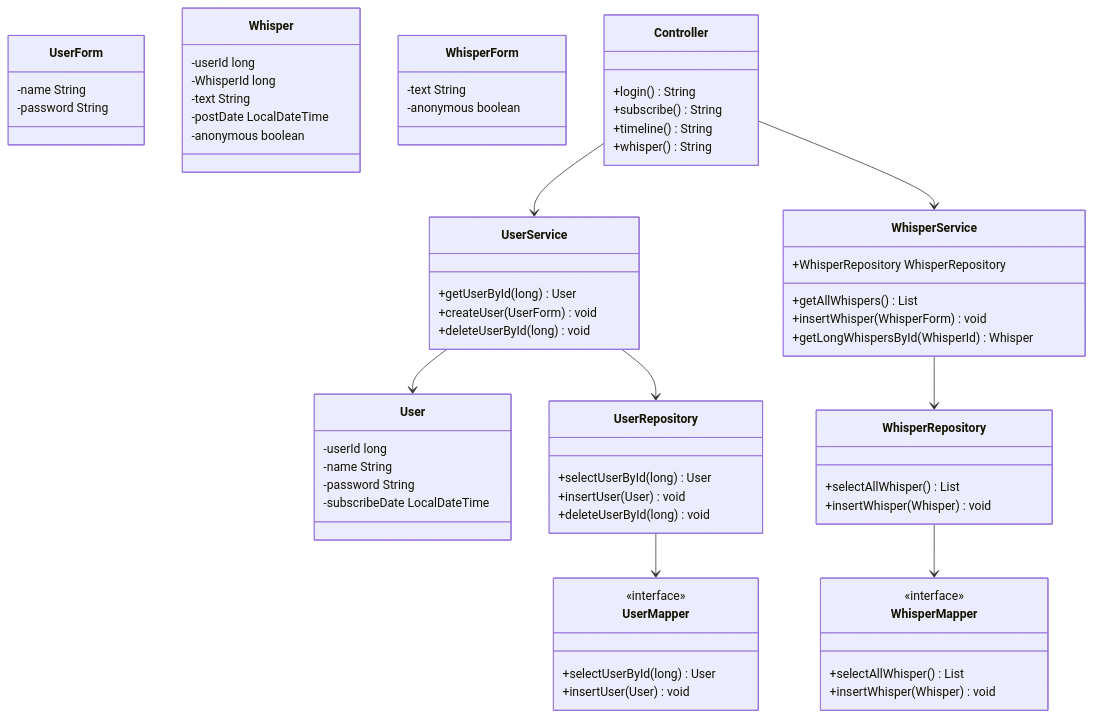
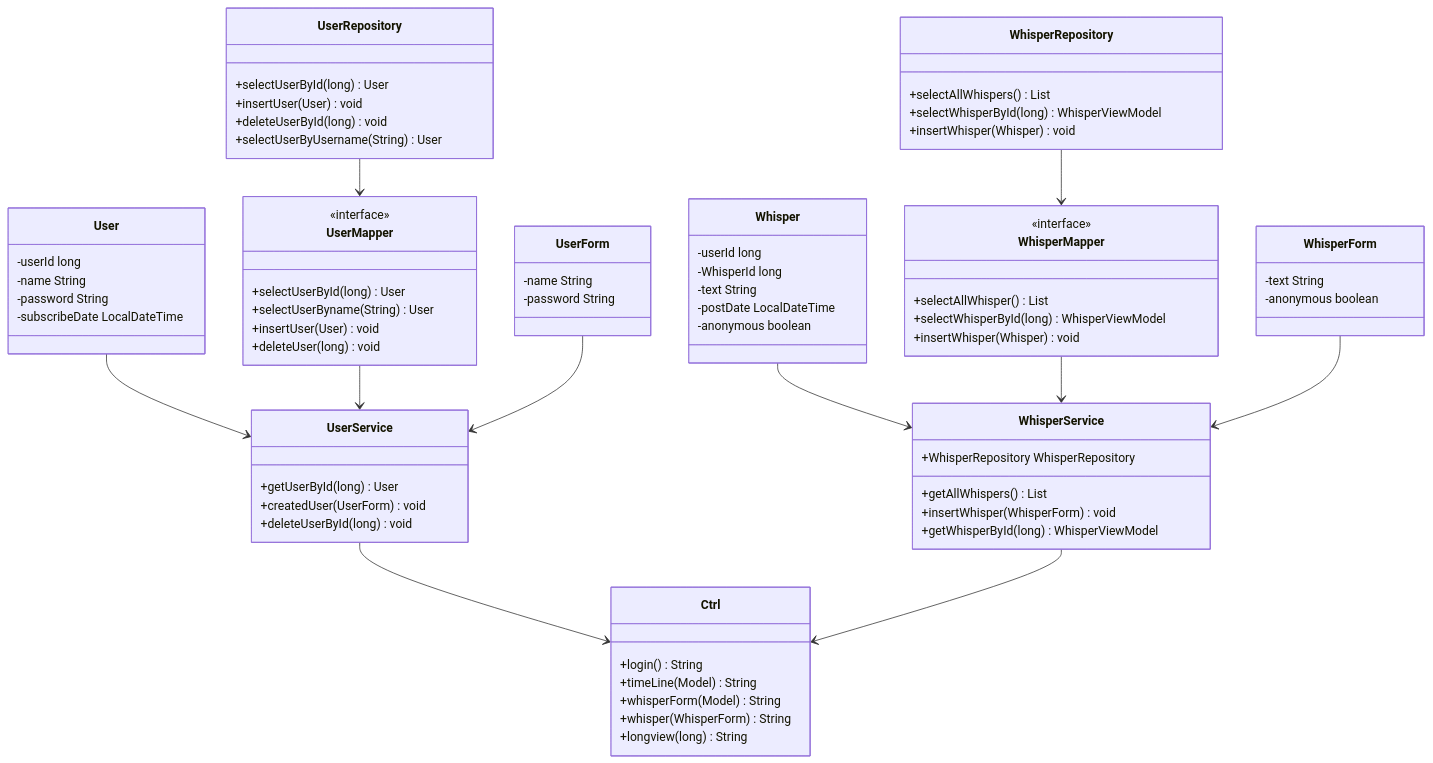
One commit to yukiyuukiyuuuki/breeze changed the first of 2 diagrams in other/structure.md. Above: the diagram before and after it, drawn with Mermaid.

````diff
--- a/other/structure.md
+++ b/other/structure.md
@@ -2,68 +2,77 @@
 ```mermaid
 classDiagram
     class UserService {
         +getUserById(long) User
-        +createUser(UserForm) void
+        +createdUser(UserForm) void
         +deleteUserById(long) void
     }
     class User {
         -userId long
         -name String
         -password String
         -subscribeDate LocalDateTime
     }
     class UserRepository {
         +selectUserById(long) User
         +insertUser(User) void
         +deleteUserById(long) void
+        +selectUserByUsername(String) User
     }
     class UserMapper {
         <<interface>>
         +selectUserById(long) User
+        +selectUserByname(String) User
         +insertUser(User) void
+        +deleteUser(long) void
     }
     class UserForm {
         -name String
         -password String
     }
     class WhisperService {
         +WhisperRepository WhisperRepository
         +getAllWhispers() List<Whisper>
         +insertWhisper(WhisperForm) void
-        +getLongWhispersById(WhisperId) Whisper
+        +getWhisperById(long) WhisperViewModel
     }
     class Whisper {
         -userId long
         -WhisperId long
         -text String
         -postDate LocalDateTime
         -anonymous boolean
     }
     class WhisperRepository {
-        +selectAllWhisper() List<Whisper>
+        +selectAllWhispers() List<WhisperViewModel>
+        +selectWhisperById(long) WhisperViewModel
         +insertWhisper(Whisper) void
     }
     class WhisperMapper {
         <<interface>>
-        +selectAllWhisper() List<Whisper>
+        +selectAllWhisper() List<WhisperViewModel>
+        +selectWhisperById(long) WhisperViewModel
         +insertWhisper(Whisper) void
     }
     class WhisperForm {
         -text String
         -anonymous boolean
     }
-    class Controller {
+    class Ctrl {
         +login() String
-        +subscribe() String
-        +timeline() String
-        +whisper() String
+        +timeLine(Model) String
+        +whisperForm(Model) String
+        +whisper(WhisperForm) String
+        +longview(long) String
     }
 
-    UserService --> User
-    UserService --> UserRepository
+    User --> UserService
+    UserMapper --> UserService
     UserRepository --> UserMapper
-    WhisperService --> WhisperRepository
+    UserForm --> UserService
+    Whisper --> WhisperService
+    WhisperMapper --> WhisperService
     WhisperRepository --> WhisperMapper
-    Controller --> UserService
-    Controller --> WhisperService
+    WhisperForm --> WhisperService
+    UserService --> Ctrl
+    WhisperService --> Ctrl
 ```
````
